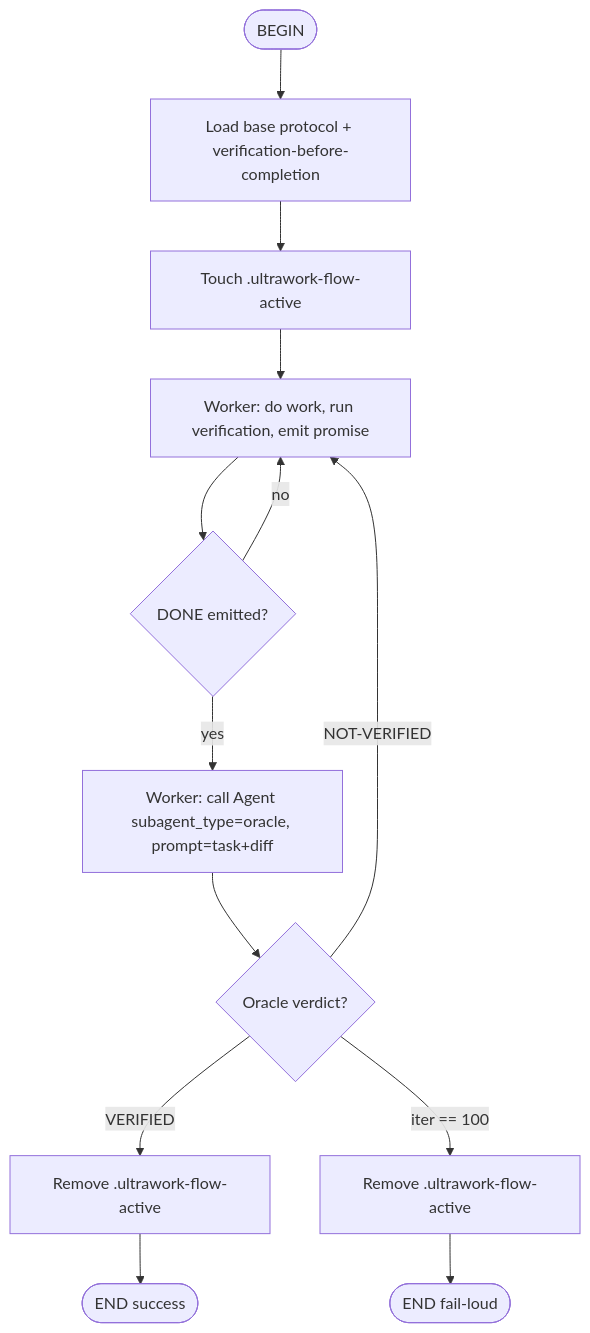
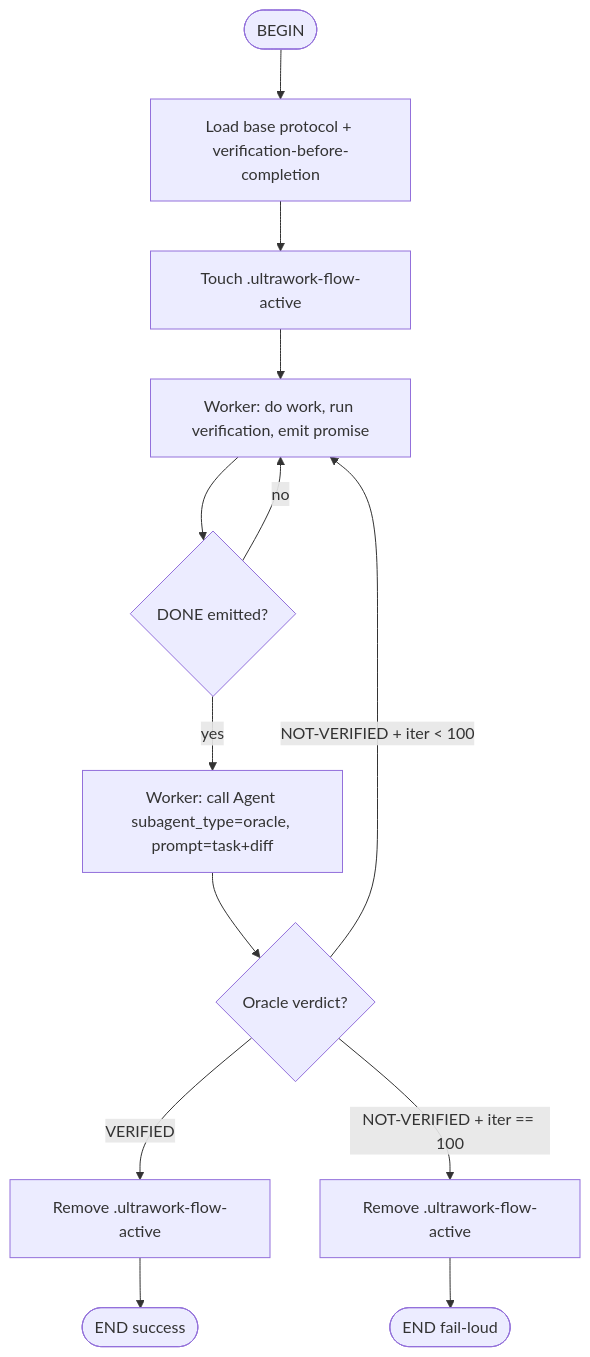
Before and after one commit to odysseythink/gpowers: the diagram in core/skills/ultrawork/platforms/kimi/flow.md, drawn with Mermaid. The commit also changed 7 other files, not shown here.

````diff
--- a/core/skills/ultrawork/platforms/kimi/flow.md
+++ b/core/skills/ultrawork/platforms/kimi/flow.md
@@ -11,13 +11,13 @@
 ```mermaid
 flowchart TD
     BEGIN([BEGIN]) --> load_protocol[Load base protocol + verification-before-completion]
     load_protocol --> mark_active[Touch .ultrawork-flow-active]
     mark_active --> worker_iterate[Worker: do work, run verification, emit promise]
     worker_iterate --> check_promise{<promise>DONE</promise> emitted?}
     check_promise -->|no| worker_iterate
     check_promise -->|yes| dispatch_oracle[Worker: call Agent subagent_type=oracle, prompt=task+diff]
     dispatch_oracle --> record_verdict{Oracle verdict?}
     record_verdict -->|VERIFIED| cleanup[Remove .ultrawork-flow-active] --> END_OK([END success])
-    record_verdict -->|NOT-VERIFIED| worker_iterate
-    record_verdict -->|iter == 100| cleanup_fail[Remove .ultrawork-flow-active] --> END_FAIL([END fail-loud])
+    record_verdict -->|NOT-VERIFIED + iter < 100| worker_iterate
+    record_verdict -->|NOT-VERIFIED + iter == 100| cleanup_fail[Remove .ultrawork-flow-active] --> END_FAIL([END fail-loud])
 ```
````
